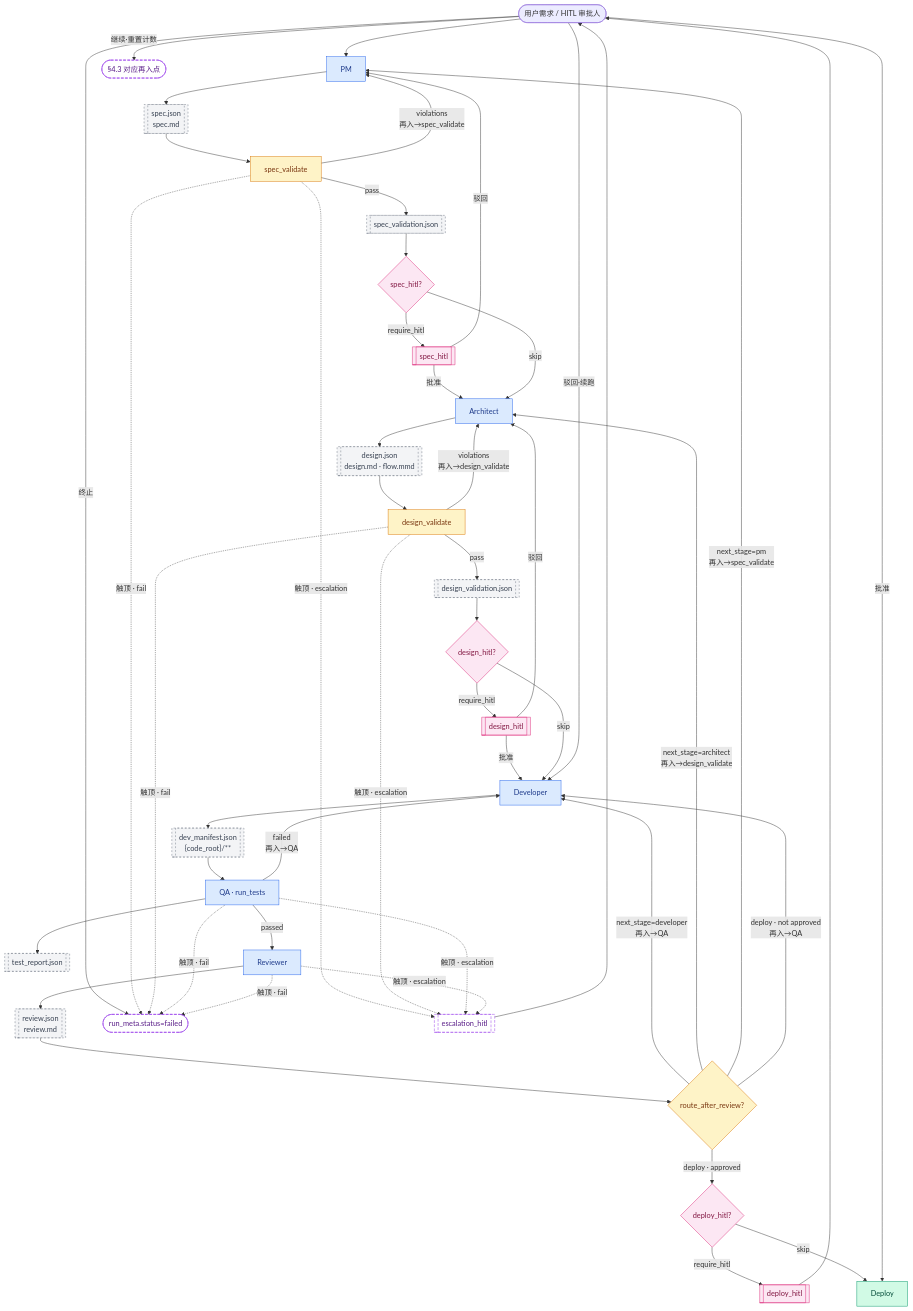
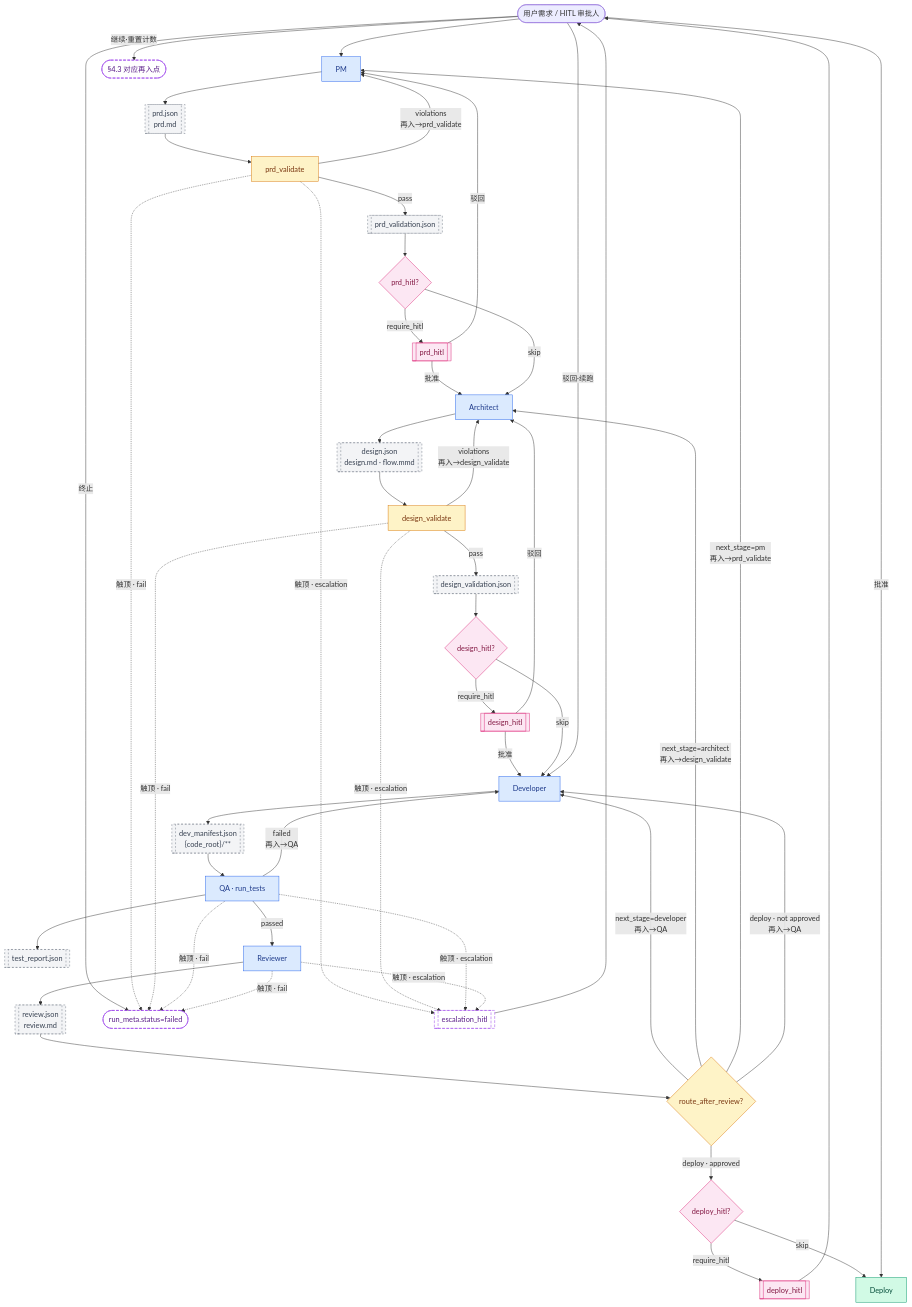
Before and after one commit to ordili/multi-agent-code-factory: the diagram in docs/design/pipeline/multi-agent-pipeline-design.md, drawn with Mermaid. The commit also changed other lines of this file and 117 other files, not shown here.

First line of the commit message:
Rename PM spec artifact to prd across pipeline code and docs.

````diff
--- a/docs/design/pipeline/multi-agent-pipeline-design.md
+++ b/docs/design/pipeline/multi-agent-pipeline-design.md
@@ -61,69 +61,69 @@
 ```mermaid
 flowchart TB
     U(["用户需求 / HITL 审批人"]) --> PM
 
-    PM --> P_OUT[["spec.json<br/>spec.md"]]
-    P_OUT --> SV[spec_validate]
-    SV -->|"violations<br/>再入→spec_validate"| PM
-    SV -->|pass| SV_OUT[["spec_validation.json"]]
-    SV_OUT --> SH{spec_hitl?}
-    SH -->|require_hitl| H1[[spec_hitl]]
+    PM --> P_OUT[["prd.json<br/>prd.md"]]
+    P_OUT --> SV[prd_validate]
+    SV -->|"violations<br/>再入→prd_validate"| PM
+    SV -->|pass| SV_OUT[["prd_validation.json"]]
+    SV_OUT --> SH{prd_hitl?}
+    SH -->|require_hitl| H1[[prd_hitl]]
     H1 -->|驳回| PM
     H1 -->|批准| A
     SH -->|skip| A
 
     A[Architect] --> A_OUT[["design.json<br/>design.md · flow.mmd"]]
     A_OUT --> DV[design_validate]
     DV -->|"violations<br/>再入→design_validate"| A
     DV -->|pass| DV_OUT[["design_validation.json"]]
     DV_OUT --> DH{design_hitl?}
     DH -->|require_hitl| H2[[design_hitl]]
     H2 -->|驳回| A
     H2 -->|批准| D
     DH -->|skip| D
 
     D[Developer] --> D_OUT[["dev_manifest.json<br/>{code_root}/**"]]
     D_OUT --> QA[QA · run_tests]
     QA --> QA_OUT[["test_report.json"]]
     QA -->|"failed<br/>再入→QA"| D
     QA -->|passed| R[Reviewer]
     R --> R_OUT[["review.json<br/>review.md"]]
     R_OUT --> ROUTE{route_after_review?}
     ROUTE -->|"next_stage=developer<br/>再入→QA"| D
     ROUTE -->|"next_stage=architect<br/>再入→design_validate"| A
-    ROUTE -->|"next_stage=pm<br/>再入→spec_validate"| PM
+    ROUTE -->|"next_stage=pm<br/>再入→prd_validate"| PM
     ROUTE -->|"deploy · approved"| DH2{deploy_hitl?}
     ROUTE -->|"deploy · not approved<br/>再入→QA"| D
     DH2 -->|require_hitl| H3[[deploy_hitl]]
     DH2 -->|skip| DEPLOY[Deploy]
     H3 --> U
     U -->|批准| DEPLOY
     U -->|驳回·续跑| D
     U -->|终止| FAIL([run_meta.status=failed])
 
     SV -.->|触顶 · fail| FAIL
     DV -.->|触顶 · fail| FAIL
     QA -.->|触顶 · fail| FAIL
     R -.->|触顶 · fail| FAIL
     SV -.->|触顶 · escalation| ESC[[escalation_hitl]]
     DV -.->|触顶 · escalation| ESC
     QA -.->|触顶 · escalation| ESC
     R -.->|触顶 · escalation| ESC
     ESC --> U
     U -->|继续·重置计数| RESUME(["§4.3 对应再入点"])
 
     classDef agent fill:#dbeafe,stroke:#2563eb,color:#1e3a8a
     classDef gate fill:#fef3c7,stroke:#d97706,color:#78350f
     classDef hitl fill:#fce7f3,stroke:#db2777,color:#831843
     classDef artifact fill:#f3f4f6,stroke:#6b7280,stroke-dasharray:4 4,color:#374151
     classDef terminal fill:#d1fae5,stroke:#059669,color:#064e3b
     classDef escalation fill:#fff,stroke:#9333ea,stroke-dasharray:6 3,color:#581c87
 
     class PM,A,D,QA,R agent
     class SV,DV,ROUTE gate
     class SH,DH,DH2 hitl
     class H1,H2,H3 hitl
     class P_OUT,SV_OUT,A_OUT,DV_OUT,D_OUT,QA_OUT,R_OUT artifact
     class DEPLOY terminal
     class ESC,FAIL,RESUME escalation
 ```
````
